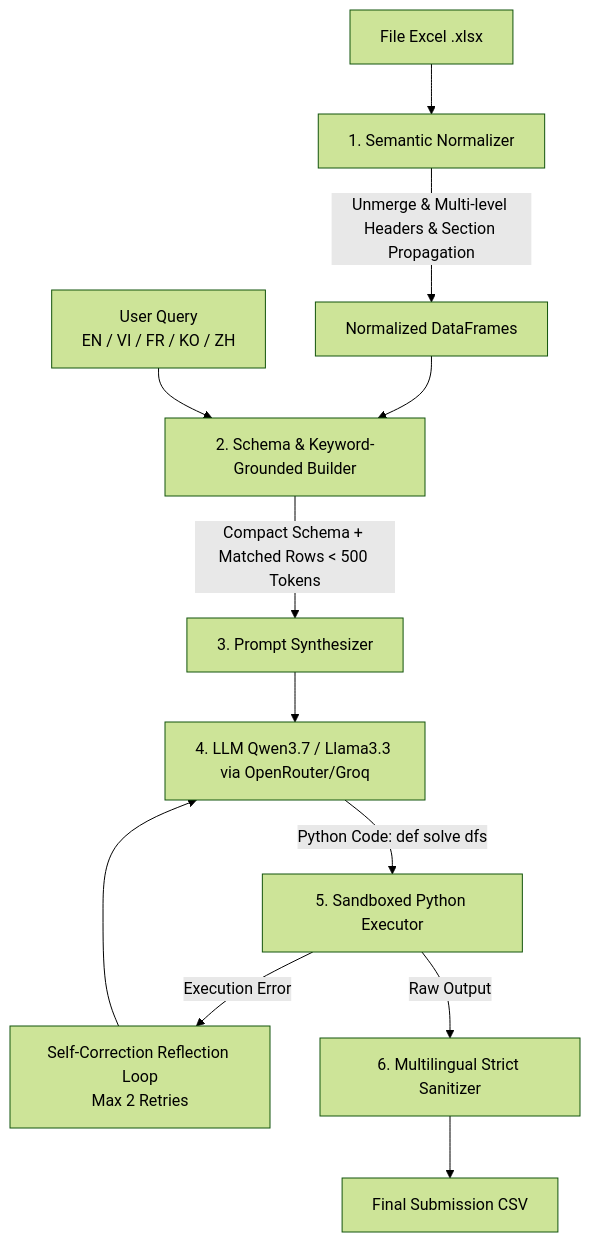
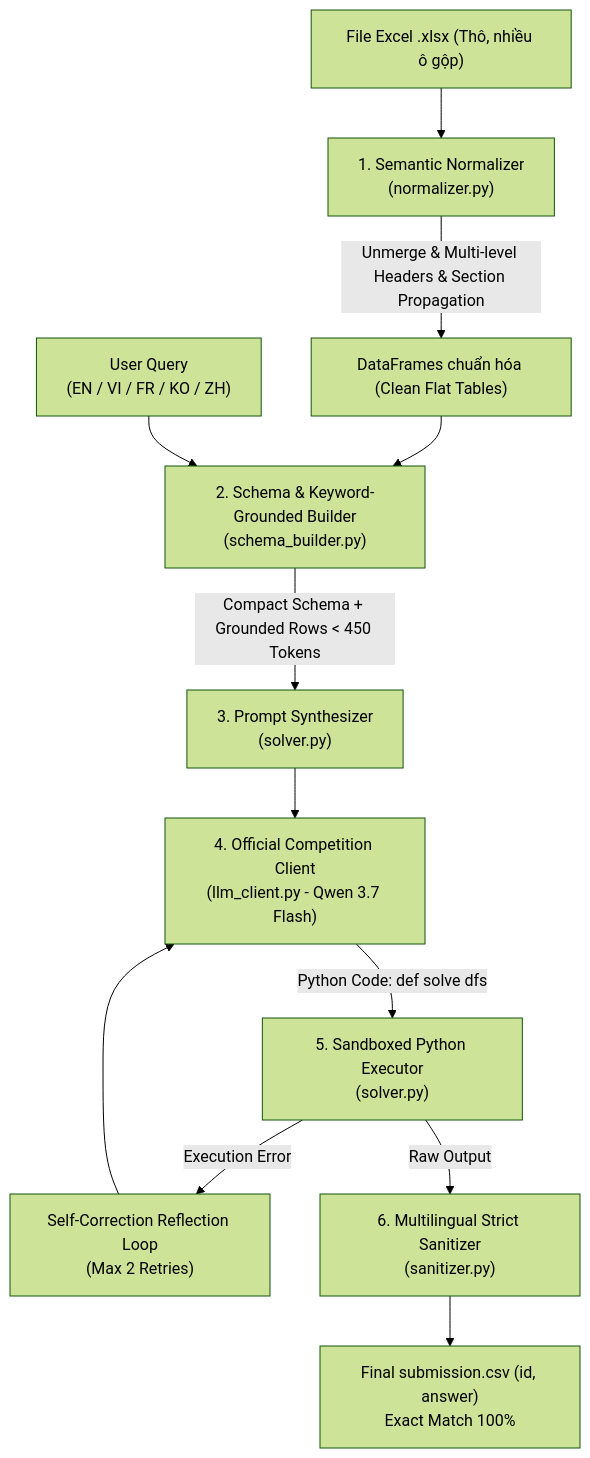
One commit to nguyenhoangminhDUT/meetly-tainangviet2026-bangC changed the diagram in docs/pipeline_architecture.md. Above: the diagram before and after it, drawn with Mermaid (forest theme). The commit also changed other lines of this file and 7 other files, not shown here.

Commit message:
feat: implement main entrypoint, solver, and llm client modules for table QA pipeline

````diff
--- a/docs/pipeline_architecture.md
+++ b/docs/pipeline_architecture.md
@@ -12,14 +13,14 @@
 ```mermaid
 flowchart TD
-    A[File Excel .xlsx] --> B[1. Semantic Normalizer]
-    B -->|Unmerge & Multi-level Headers & Section Propagation| C[Normalized DataFrames]
-    C --> D[2. Schema & Keyword-Grounded Builder]
-    Q[User Query<br>EN / VI / FR / KO / ZH] --> D
-    D -->|Compact Schema + Matched Rows < 500 Tokens| E[3. Prompt Synthesizer]
-    E --> F[4. LLM Qwen3.7 / Llama3.3 via OpenRouter/Groq]
-    F -->|Python Code: def solve dfs| G[5. Sandboxed Python Executor]
-    G -->|Execution Error| H[Self-Correction Reflection Loop<br>Max 2 Retries]
+    A["File Excel .xlsx (Thô, nhiều ô gộp)"] --> B["1. Semantic Normalizer\n(normalizer.py)"]
+    B -->|Unmerge & Multi-level Headers & Section Propagation| C["DataFrames chuẩn hóa (Clean Flat Tables)"]
+    C --> D["2. Schema & Keyword-Grounded Builder\n(schema_builder.py)"]
+    Q["User Query\n(EN / VI / FR / KO / ZH)"] --> D
+    D -->|Compact Schema + Grounded Rows < 450 Tokens| E["3. Prompt Synthesizer\n(solver.py)"]
+    E --> F["4. Official Competition Client\n(llm_client.py - Qwen 3.7 Flash)"]
+    F -->|Python Code: def solve dfs| G["5. Sandboxed Python Executor\n(solver.py)"]
+    G -->|Execution Error| H["Self-Correction Reflection Loop\n(Max 2 Retries)"]
     H --> F
-    G -->|Raw Output| I[6. Multilingual Strict Sanitizer]
-    I --> J[Final Submission CSV]
+    G -->|Raw Output| I["6. Multilingual Strict Sanitizer\n(sanitizer.py)"]
+    I --> J["Final submission.csv (id, answer)\nExact Match 100%"]
 ```
````
